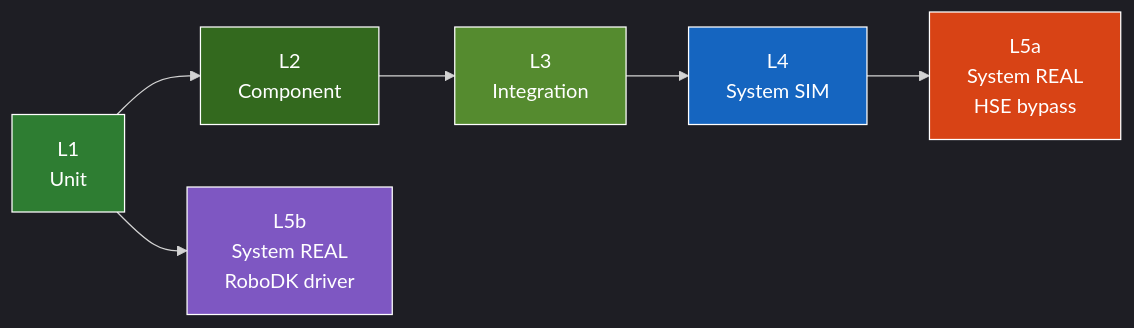
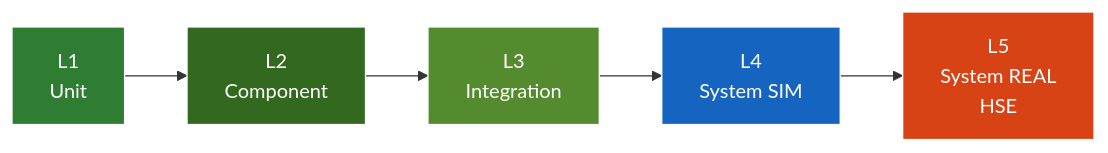
Diagram 11 of 14 in docs/phat_bieu_bai_toan_v3_2_HD.md (manhhv87/DTwinGP7), drawn with Mermaid before and after one commit. The commit also changed other lines of this file and 54 other files, not shown here.

````diff
--- a/docs/phat_bieu_bai_toan_v3_2_HD.md
+++ b/docs/phat_bieu_bai_toan_v3_2_HD.md
@@ -766,12 +1224,9 @@
 ```mermaid
-%%{init: {'theme':'dark'}}%%
 graph LR
-    A[L1<br/>Unit] --> B[L2<br/>Component] --> C[L3<br/>Integration] --> D[L4<br/>System SIM] --> E[L5a<br/>System REAL<br/>HSE bypass]
-    A --> F[L5b<br/>System REAL<br/>RoboDK driver]
+    A[L1<br/>Unit] --> B[L2<br/>Component] --> C[L3<br/>Integration] --> D[L4<br/>System SIM] --> E[L5<br/>System REAL<br/>HSE]
     style A fill:#2E7D32,stroke:#fff,color:#fff
     style B fill:#33691E,stroke:#fff,color:#fff
     style C fill:#558B2F,stroke:#fff,color:#fff
     style D fill:#1565C0,stroke:#fff,color:#fff
     style E fill:#D84315,stroke:#fff,color:#fff
-    style F fill:#7E57C2,stroke:#fff,color:#fff
 ```
````
